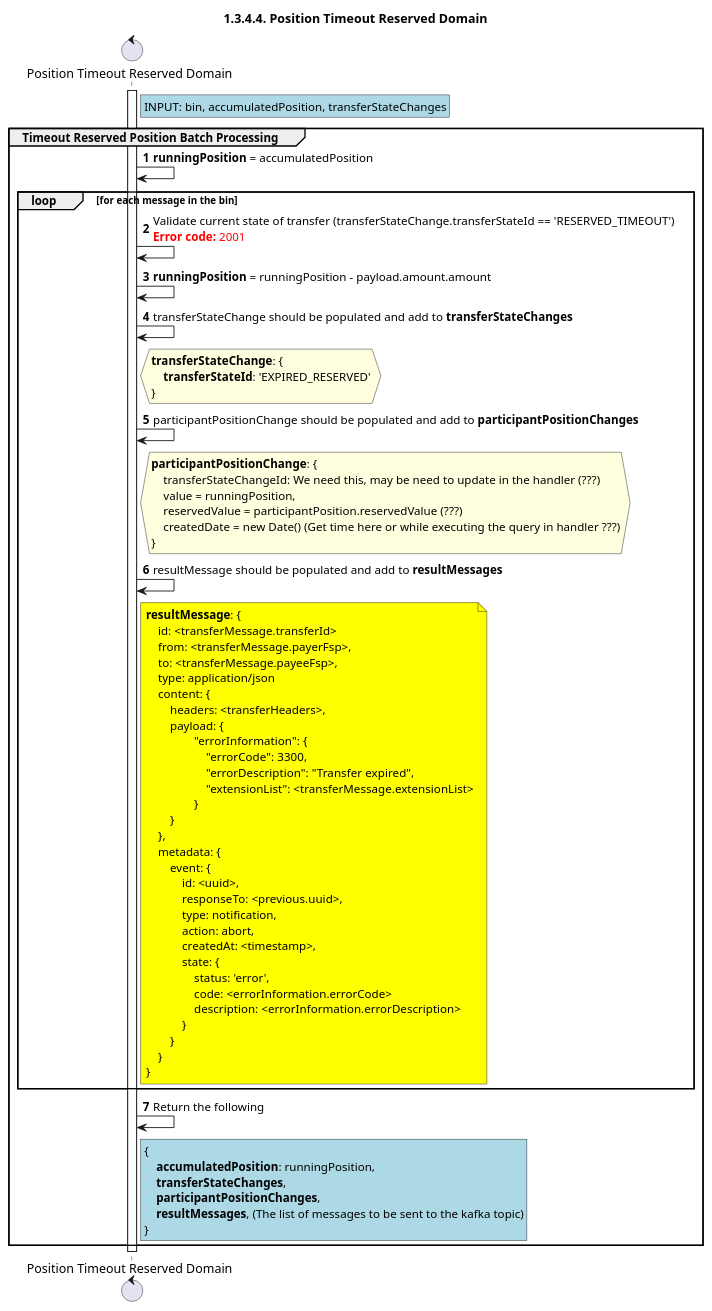
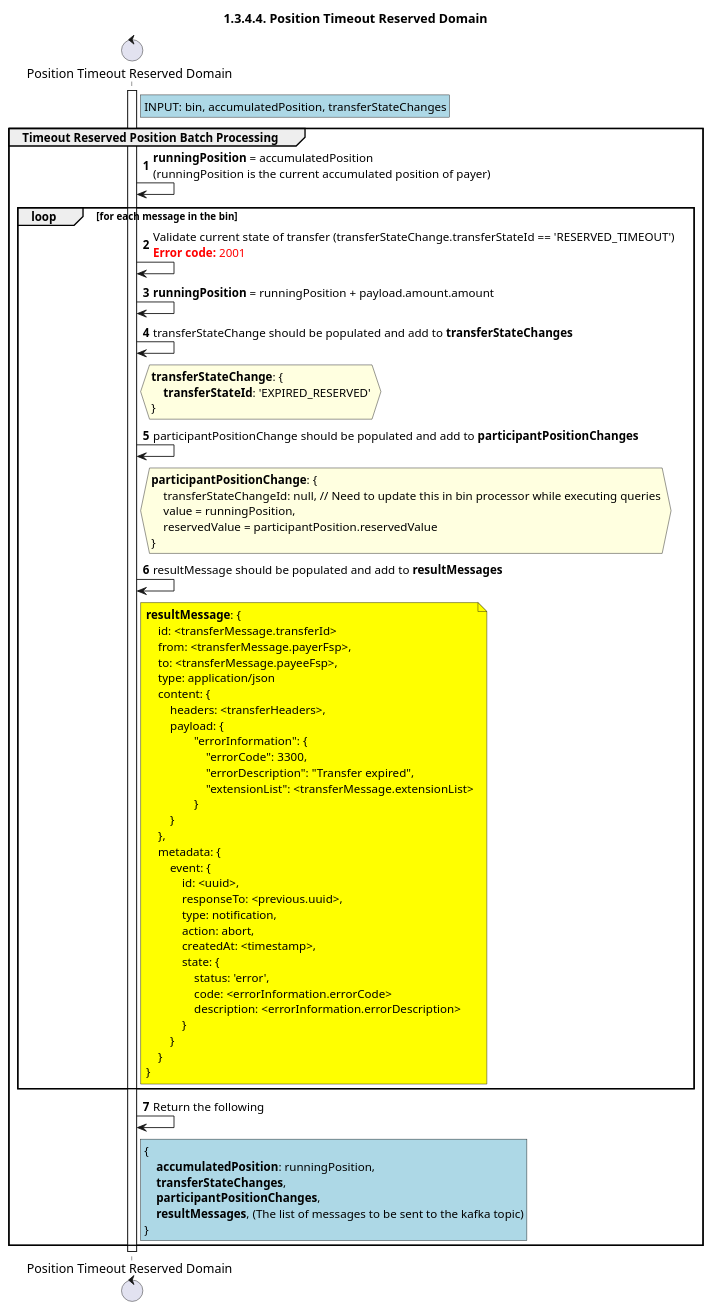
The diagram in docs/technical/central-ledger/assets/diagrams/sequence/seq-position-1.3.4.4-timeout-reserved-domain.plantuml (mojaloop/documentation), drawn with PlantUML before and after one commit. The commit also changed 9 other files, not shown here.

Commit message:
feat: refined seq diagrams

```diff
--- a/docs/technical/central-ledger/assets/diagrams/sequence/seq-position-1.3.4.4-timeout-reserved-domain.plantuml
+++ b/docs/technical/central-ledger/assets/diagrams/sequence/seq-position-1.3.4.4-timeout-reserved-domain.plantuml
@@ -28,87 +28,86 @@
 @startuml
 ' declate title
 title 1.3.4.4. Position Timeout Reserved Domain
 
 autonumber
 
 ' Actor Keys:
 '   boundary - APIs/Interfaces, etc
 '   collections - Kafka Topics
 '   control - Kafka Consumers
 '   entity - Database Access Objects
 '   database - Database Persistence Store
 
 ' declare actors
 control "Position Timeout Reserved Domain" as DOMAIN_POSITION_TIMEOUT_RESERVED
 
 ' start flow
 activate DOMAIN_POSITION_TIMEOUT_RESERVED
 rnote right of DOMAIN_POSITION_TIMEOUT_RESERVED #lightblue
     INPUT: bin, accumulatedPosition, transferStateChanges
 end note
 group Timeout Reserved Position Batch Processing
-    DOMAIN_POSITION_TIMEOUT_RESERVED -> DOMAIN_POSITION_TIMEOUT_RESERVED: **runningPosition** = accumulatedPosition
+    DOMAIN_POSITION_TIMEOUT_RESERVED -> DOMAIN_POSITION_TIMEOUT_RESERVED: **runningPosition** = accumulatedPosition \n(runningPosition is the current accumulated position of payer)
     loop for each message in the bin
         DOMAIN_POSITION_TIMEOUT_RESERVED -> DOMAIN_POSITION_TIMEOUT_RESERVED: Validate current state of transfer (transferStateChange.transferStateId == 'RESERVED_TIMEOUT')\n<color #FF0000><b>Error code:</b> 2001</color>
-        DOMAIN_POSITION_TIMEOUT_RESERVED -> DOMAIN_POSITION_TIMEOUT_RESERVED: **runningPosition** = runningPosition - payload.amount.amount
+        DOMAIN_POSITION_TIMEOUT_RESERVED -> DOMAIN_POSITION_TIMEOUT_RESERVED: **runningPosition** = runningPosition + payload.amount.amount
         DOMAIN_POSITION_TIMEOUT_RESERVED -> DOMAIN_POSITION_TIMEOUT_RESERVED: transferStateChange should be populated and add to **transferStateChanges**
         hnote right of DOMAIN_POSITION_TIMEOUT_RESERVED #lightyellow
             **transferStateChange**: {
                 **transferStateId**: 'EXPIRED_RESERVED'
             }
         end note
         DOMAIN_POSITION_TIMEOUT_RESERVED -> DOMAIN_POSITION_TIMEOUT_RESERVED: participantPositionChange should be populated and add to **participantPositionChanges**
         hnote right of DOMAIN_POSITION_TIMEOUT_RESERVED #lightyellow
             **participantPositionChange**: {
-                transferStateChangeId: We need this, may be need to update in the handler (???)
+                transferStateChangeId: null, // Need to update this in bin processor while executing queries
                 value = runningPosition,
-                reservedValue = participantPosition.reservedValue (???)
-                createdDate = new Date() (Get time here or while executing the query in handler ???)
+                reservedValue = participantPosition.reservedValue
             }
         end note
         DOMAIN_POSITION_TIMEOUT_RESERVED -> DOMAIN_POSITION_TIMEOUT_RESERVED: resultMessage should be populated and add to **resultMessages**
         note right of DOMAIN_POSITION_TIMEOUT_RESERVED #yellow
             **resultMessage**: {
                 id: <transferMessage.transferId>
                 from: <transferMessage.payerFsp>,
                 to: <transferMessage.payeeFsp>,
                 type: application/json
                 content: {
                     headers: <transferHeaders>,
                     payload: {
                             "errorInformation": {
                                 "errorCode": 3300,
                                 "errorDescription": "Transfer expired",
                                 "extensionList": <transferMessage.extensionList>
                             }
                     }
                 },
                 metadata: {
                     event: {
                         id: <uuid>,
                         responseTo: <previous.uuid>,
                         type: notification,
                         action: abort,
                         createdAt: <timestamp>,
                         state: {
                             status: 'error',
                             code: <errorInformation.errorCode>
                             description: <errorInformation.errorDescription>
                         }
                     }
                 }
             }
         end note
     end
     DOMAIN_POSITION_TIMEOUT_RESERVED -> DOMAIN_POSITION_TIMEOUT_RESERVED: Return the following
     rnote right of DOMAIN_POSITION_TIMEOUT_RESERVED #lightblue
     {
         **accumulatedPosition**: runningPosition,
         **transferStateChanges**,
         **participantPositionChanges**,
         **resultMessages**, (The list of messages to be sent to the kafka topic)
     }   
     end note
 end
 deactivate DOMAIN_POSITION_TIMEOUT_RESERVED
 @enduml
```
